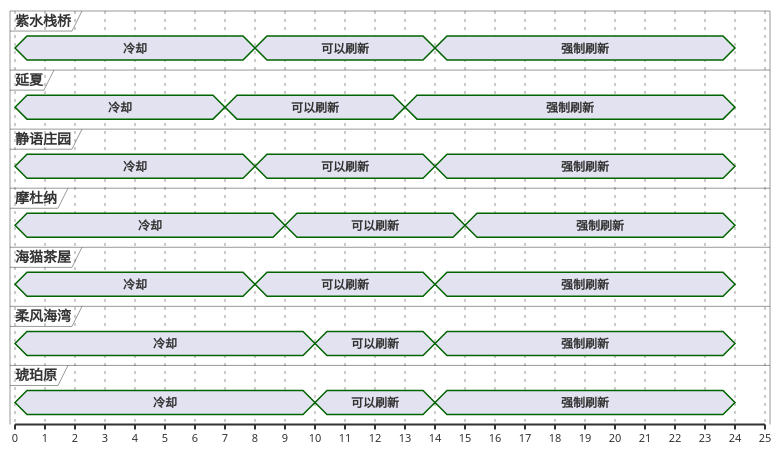
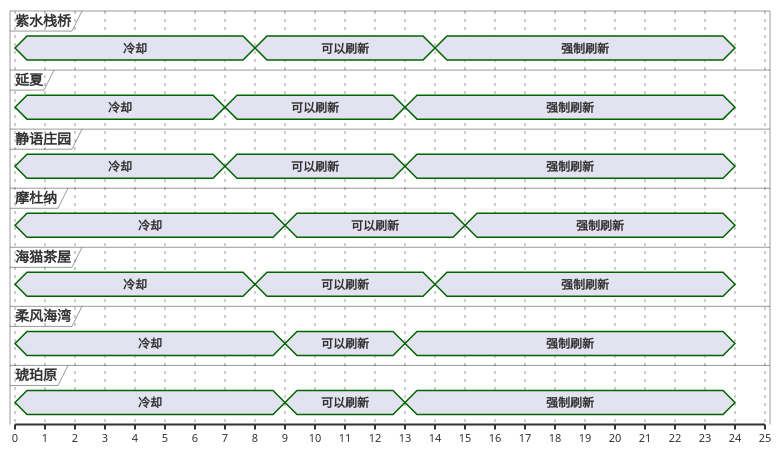
Before and after one commit to Eroleice/doc-pi: the third of 13 diagrams in ffxiv/hunt/2.0/Minhocao.md, drawn with PlantUML. The commit also changed other lines of this file and 38 other files, not shown here.

````diff
--- a/ffxiv/hunt/2.0/Minhocao.md
+++ b/ffxiv/hunt/2.0/Minhocao.md
@@ -165,56 +165,56 @@
 ```plantuml
 @startuml
 scale 1 as 30 pixels
 
 concise 紫水栈桥
 concise 延夏
 concise 静语庄园
 concise 摩杜纳
 concise 海猫茶屋
 concise 柔风海湾
 concise 琥珀原
 
 @延夏
 0 is 冷却
 7 is 可以刷新
 13 is 强制刷新
 24 is {hidden}
 
 @静语庄园
 0 is 冷却
-8 is 可以刷新
-14 is 强制刷新
+7 is 可以刷新
+13 is 强制刷新
 24 is {hidden}
 
 @柔风海湾
 0 is 冷却
-10 is 可以刷新
-14 is 强制刷新
+9 is 可以刷新
+13 is 强制刷新
 24 is {hidden}
 
 @琥珀原
 0 is 冷却
-10 is 可以刷新
-14 is 强制刷新
+9 is 可以刷新
+13 is 强制刷新
 24 is {hidden}
 
 @海猫茶屋
 0 is 冷却
 8 is 可以刷新
 14 is 强制刷新
 24 is {hidden}
 
 @紫水栈桥
 0 is 冷却
 8 is 可以刷新
 14 is 强制刷新
 24 is {hidden}
 
 @摩杜纳
 0 is 冷却
 9 is 可以刷新
 15 is 强制刷新
 24 is {hidden}
 
 @enduml
 ```
````
